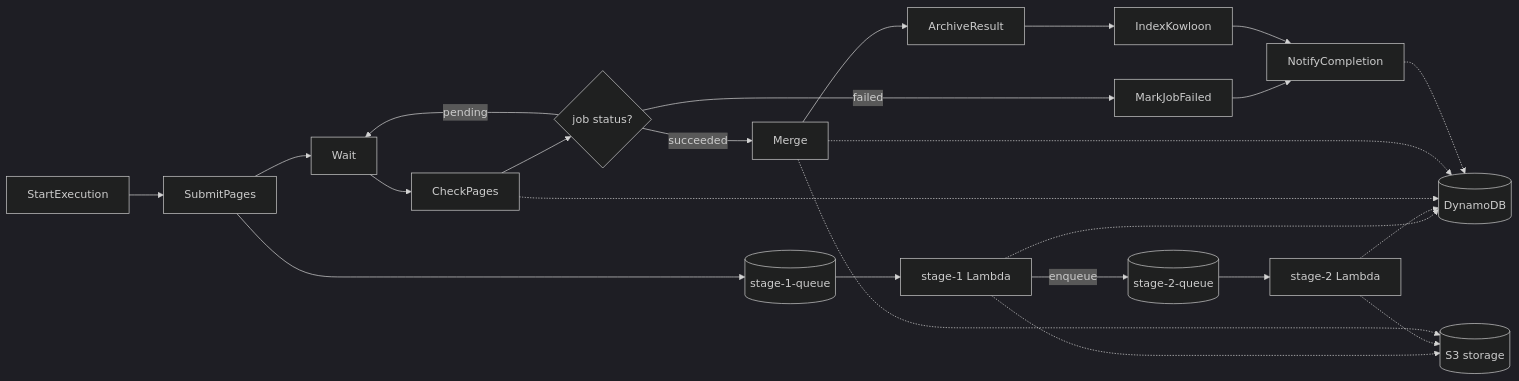
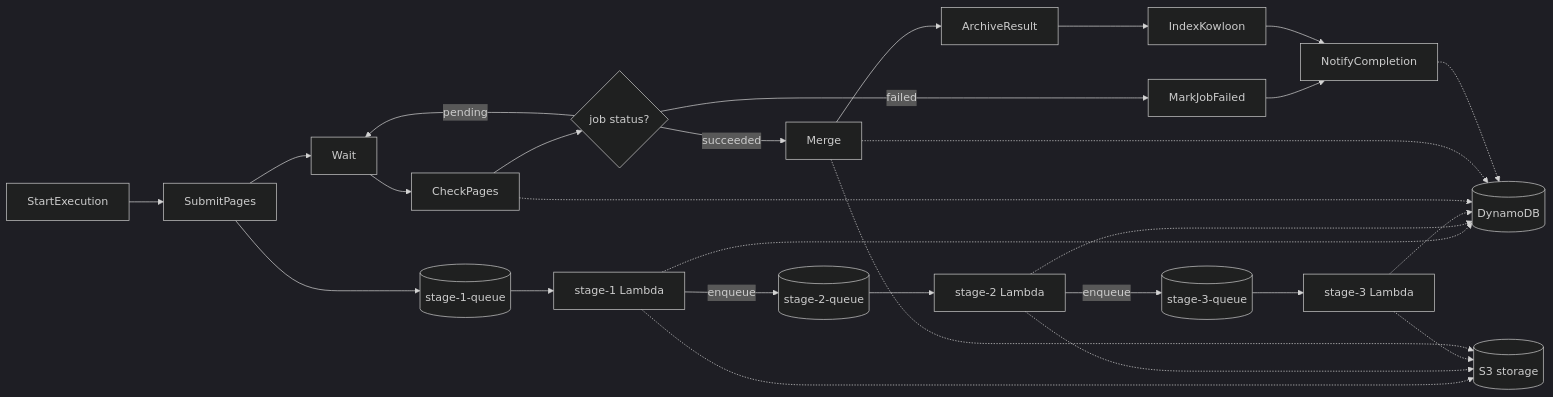
One commit to keix/lady-glass changed the diagram in README.md. Above: the diagram before and after it, drawn with Mermaid (dark theme).

Commit message:
README: extend the SQS + Lambda chain to stage-3
The chain shown in the architecture mermaid was pinned at two stages
even though the shipped card-statement chain already runs three
(gemini, normalize_card_statement, enrich_transactions). Adds
stage-3-queue and stage-3 Lambda after the L2 → L2-enqueue edge,
and mirrors L1 / L2's dotted edges to S3 and DDB so the persistence
footprint of every stage stays visible.

````diff
--- a/README.md
+++ b/README.md
@@ -19,30 +19,34 @@
 ```mermaid
 flowchart LR
     Start[StartExecution]
     Start --> SubmitPages
     SubmitPages --> Wait
     Wait --> CheckPages
     CheckPages --> Choice{job status?}
     Choice -- pending --> Wait
     Choice -- failed --> MarkFailed[MarkJobFailed]
     Choice -- succeeded --> Merge
     MarkFailed --> Notify[NotifyCompletion]
     Merge --> Archive[ArchiveResult]
     Archive --> Index[IndexKowloon]
     Index --> Notify
 
     SubmitPages --> Q1[(stage-1-queue)]
     Q1 --> L1[stage-1 Lambda]
     L1 -- enqueue --> Q2[(stage-2-queue)]
     Q2 --> L2[stage-2 Lambda]
+    L2 -- enqueue --> Q3[(stage-3-queue)]
+    Q3 --> L3[stage-3 Lambda]
 
     L1 -.-> S3[(S3)]
     L1 -.-> DDB[(DynamoDB)]
     L2 -.-> S3[(S3 storage)]
     L2 -.-> DDB
+    L3 -.-> S3
+    L3 -.-> DDB
 
     CheckPages -.-> DDB
     Merge -.-> DDB
     Merge -.-> S3
     Notify -.-> DDB
 ```
````
